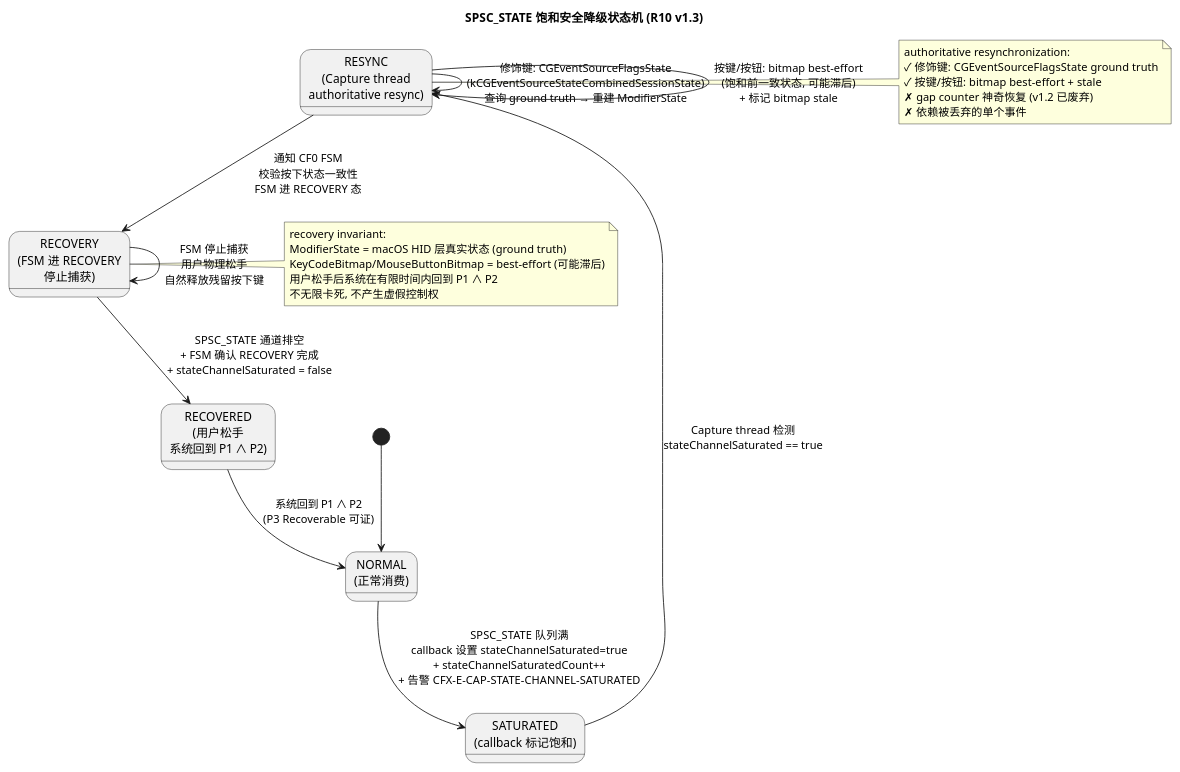
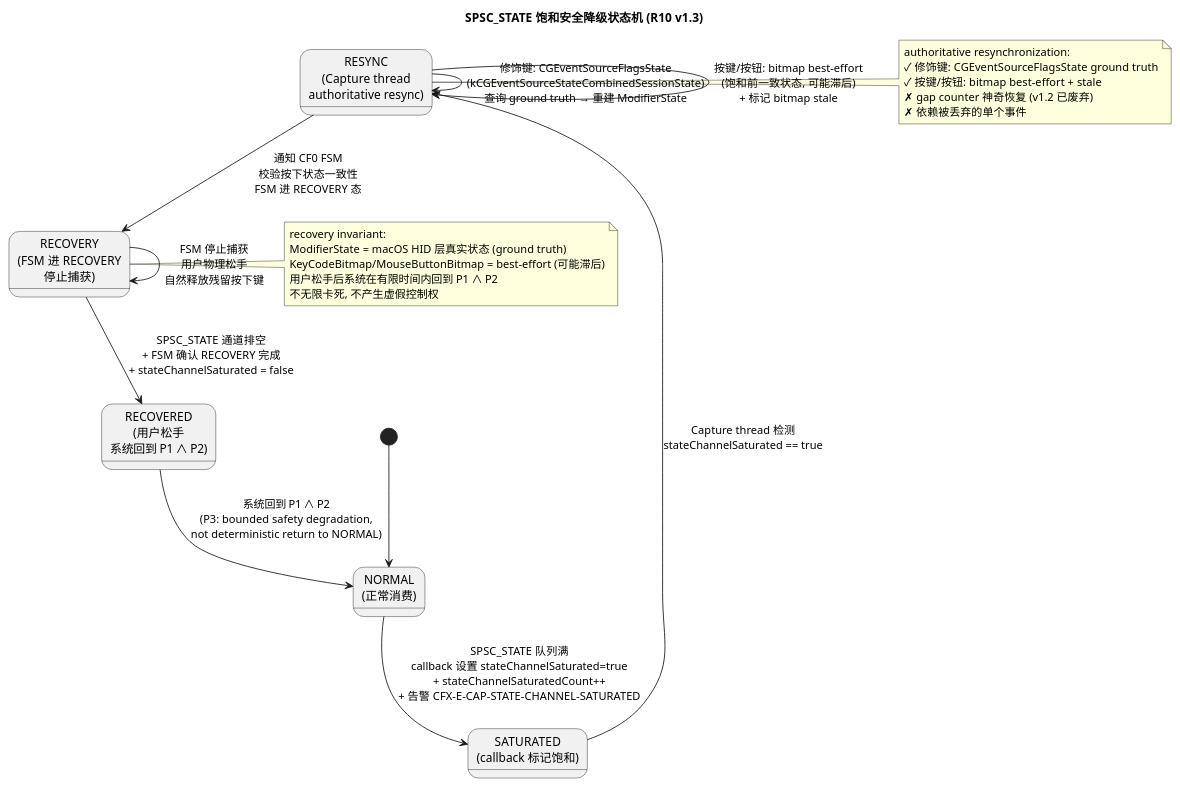
One commit to wujupeng/CrossFlow-X changed the fifth of 9 diagrams in docs/cf2_mac_capture/design.md. Above: the diagram before and after it, drawn with PlantUML. The commit also changed other lines of this file, not shown here.

````diff
--- a/docs/cf2_mac_capture/design.md
+++ b/docs/cf2_mac_capture/design.md
@@ -593,41 +602,41 @@
 ```plantuml
 @startuml
 title SPSC_STATE 饱和安全降级状态机 (R10 v1.3)
 state "NORMAL\n(正常消费)" as Normal
 state "SATURATED\n(callback 标记饱和)" as Saturated
 state "RESYNC\n(Capture thread\nauthoritative resync)" as Resync
 state "RECOVERY\n(FSM 进 RECOVERY\n停止捕获)" as Recovery
 state "RECOVERED\n(用户松手\n系统回到 P1 ∧ P2)" as Recovered
 
 [*] --> Normal
 
 Normal --> Saturated : SPSC_STATE 队列满\ncallback 设置 stateChannelSaturated=true\n+ stateChannelSaturatedCount++\n+ 告警 CFX-E-CAP-STATE-CHANNEL-SATURATED
 
 Saturated --> Resync : Capture thread 检测\nstateChannelSaturated == true
 
 Resync --> Resync : 修饰键: CGEventSourceFlagsState\n(kCGEventSourceStateCombinedSessionState)\n查询 ground truth → 重建 ModifierState
 Resync --> Resync : 按键/按钮: bitmap best-effort\n(饱和前一致状态, 可能滞后)\n+ 标记 bitmap stale
 Resync --> Recovery : 通知 CF0 FSM\n校验按下状态一致性\nFSM 进 RECOVERY 态
 
 Recovery --> Recovery : FSM 停止捕获\n用户物理松手\n自然释放残留按下键
 Recovery --> Recovered : SPSC_STATE 通道排空\n+ FSM 确认 RECOVERY 完成\n+ stateChannelSaturated = false
 
-Recovered --> Normal : 系统回到 P1 ∧ P2\n(P3 Recoverable 可证)
+Recovered --> Normal : 系统回到 P1 ∧ P2\n(P3: bounded safety degradation,\nnot deterministic return to NORMAL)
 
 note right of Resync
   authoritative resynchronization:
   ✓ 修饰键: CGEventSourceFlagsState ground truth
   ✓ 按键/按钮: bitmap best-effort + stale
   ✗ gap counter 神奇恢复 (v1.2 已废弃)
   ✗ 依赖被丢弃的单个事件
 end note
 
 note right of Recovery
   recovery invariant:
   ModifierState = macOS HID 层真实状态 (ground truth)
   KeyCodeBitmap/MouseButtonBitmap = best-effort (可能滞后)
   用户松手后系统在有限时间内回到 P1 ∧ P2
   不无限卡死, 不产生虚假控制权
 end note
 @enduml
 ```
````
